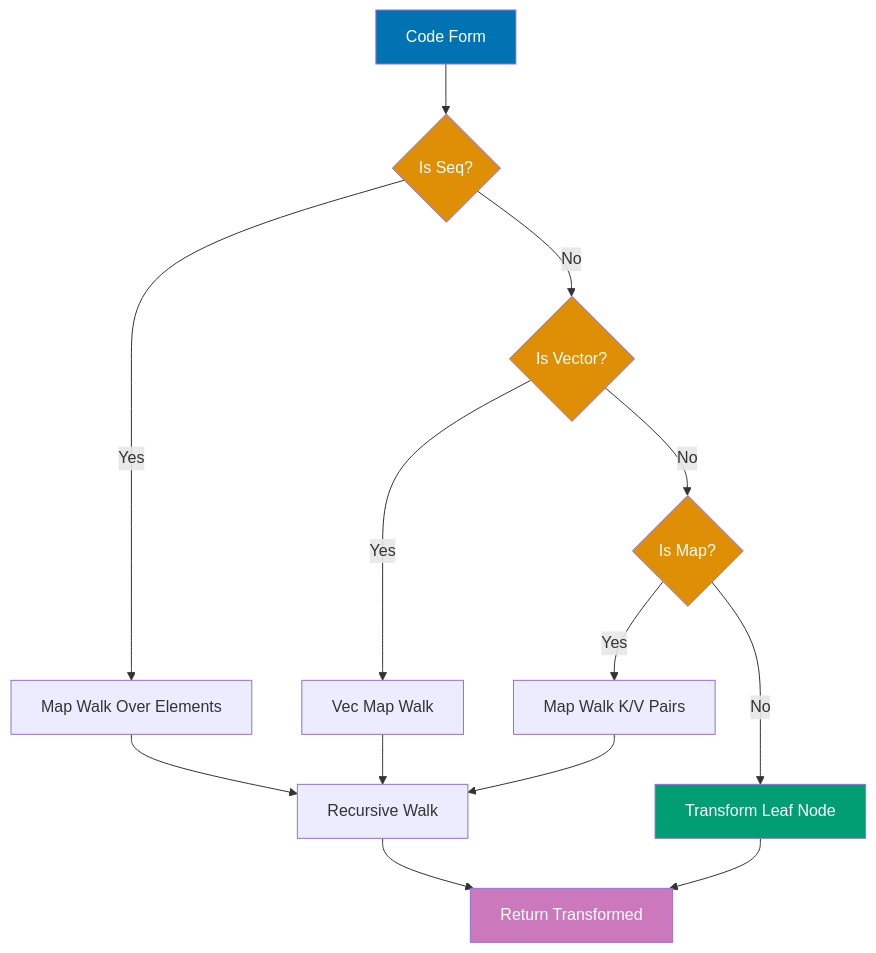
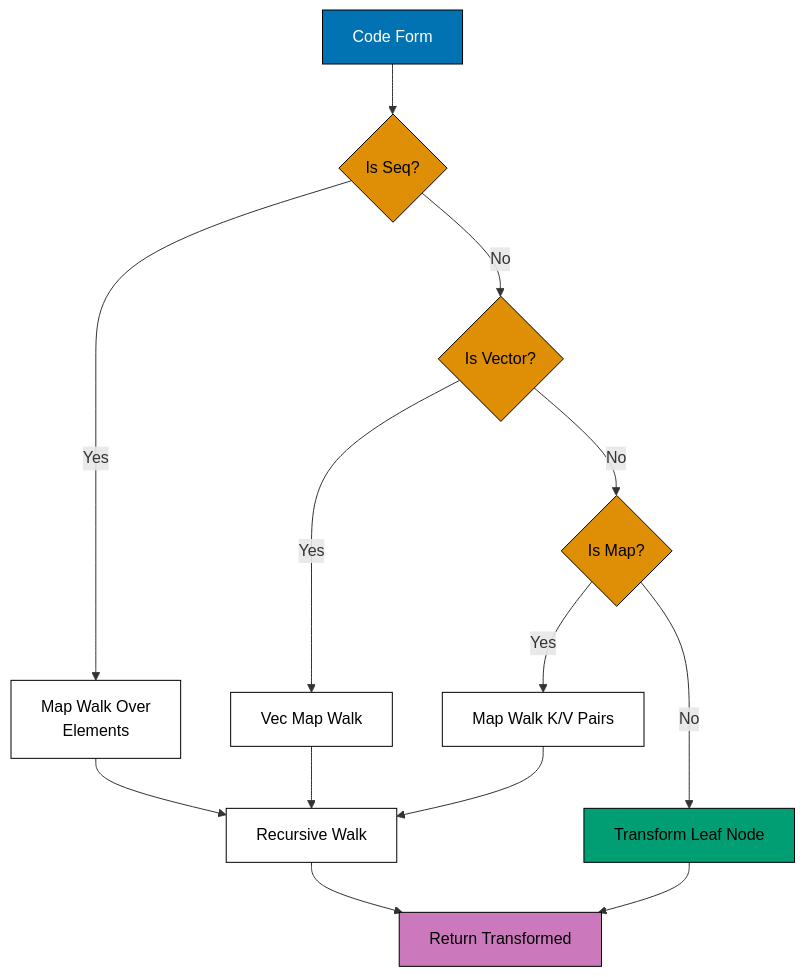
The first of 13 diagrams in apps/ayokoding-www/content/en/learn/legacy/software-engineering/programming-languages/clojure/by-example/advanced.md (wahidyankf/ose-public), drawn with Mermaid before and after one commit. The commit also changed other lines of this file and 112 other files, not shown here.

First line of the commit message:
fix(mermaid): bring the legacy programming-languages diagrams onto the accessible palette

````diff
--- a/apps/ayokoding-www/content/en/learn/legacy/software-engineering/programming-languages/clojure/by-example/advanced.md
+++ b/apps/ayokoding-www/content/en/learn/legacy/software-engineering/programming-languages/clojure/by-example/advanced.md
@@ -16,23 +16,30 @@
 ```mermaid
 %% Macro code walking process
 graph TD
+    accTitle: Example 55: Advanced Macros - Code Walking
+    accDescr: Graph with 10 nodes and 12 connections. Nodes: Code Form, Is Seq?, Map Walk Over Elements, Is Vector?, Vec Map Walk, Is Map?, Map Walk K/V Pairs, Transform Leaf Node, Recursive Walk, Return Transformed. Connections: Code Form to Is Seq?, Is Seq? to Map Walk Over Elements (Yes), Is Seq? to Is Vector? (No), Is Vector? to Vec Map Walk (Yes), Is Vector? to Is Map? (No), Is Map? to Map Walk K/V Pairs (Yes), Is Map? to Transform Leaf Node (No), Map Walk Over Elements to Recursive Walk, Vec Map Walk to Recursive Walk, Map Walk K/V Pairs to Recursive Walk, Transform Leaf Node to Return Transformed, Recursive Walk to Return Transformed.
     A[Code Form] --> B{Is Seq?}
-    B -->|Yes| C[Map Walk Over Elements]
+    B -->|Yes| C[Map Walk Over<br/>Elements]
     B -->|No| D{Is Vector?}
     D -->|Yes| E[Vec Map Walk]
     D -->|No| F{Is Map?}
     F -->|Yes| G[Map Walk K/V Pairs]
     F -->|No| H[Transform Leaf Node]
     C --> I[Recursive Walk]
     E --> I
     G --> I
     H --> J[Return Transformed]
     I --> J
 
-    style A fill:#0173B2,color:#fff
-    style B fill:#DE8F05,color:#fff
-    style D fill:#DE8F05,color:#fff
-    style F fill:#DE8F05,color:#fff
-    style H fill:#029E73,color:#fff
-    style J fill:#CC78BC,color:#fff
+    classDef pal-0173B2 fill:#0173B2,stroke:#000000,color:#FFFFFF
+    class A pal-0173B2
+    classDef pal-DE8F05 fill:#DE8F05,stroke:#000000,color:#000000
+    class B pal-DE8F05
+    class D pal-DE8F05
+    class F pal-DE8F05
+    classDef pal-029E73 fill:#029E73,stroke:#000000,color:#000000
+    class H pal-029E73
+    classDef pal-CC78BC fill:#CC78BC,stroke:#000000,color:#000000
+    class J pal-CC78BC
+    classDef default fill:#FFFFFF,stroke:#000000,color:#000000
 ```
````
